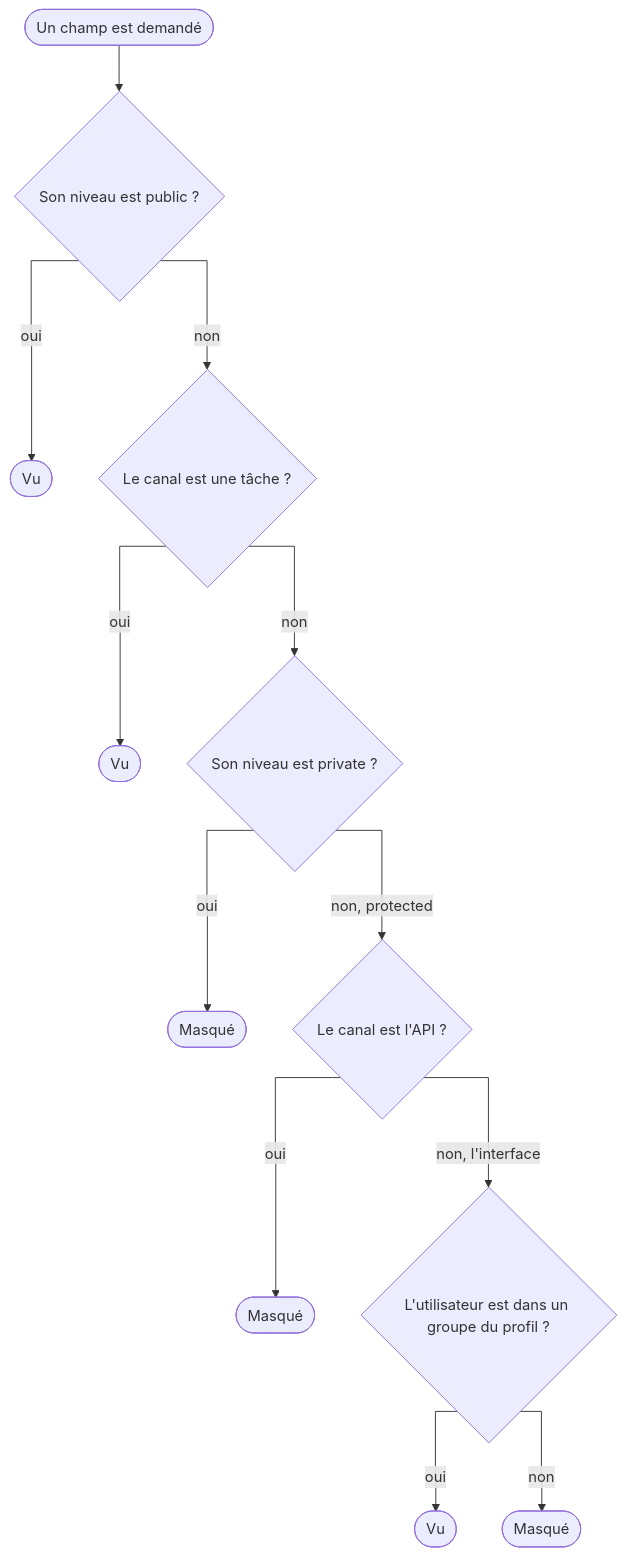
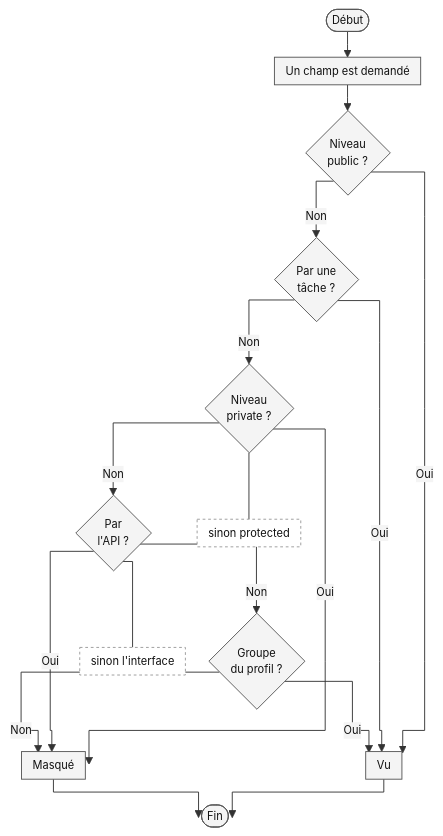
One commit to AymericLesert/Syncytium changed the diagram in docs/syncytium/07-securite/04-confidentialite.md. Above: the diagram before and after it, drawn with Mermaid. The commit also changed 3 other files, not shown here.

Commit message:
D1847 — les logigrammes comme la copie de l'auteur : Début, Fin, actions, décisions à Oui et Non, commentaires reliés ; les boîtes resserrées

````diff
--- a/docs/syncytium/07-securite/04-confidentialite.md
+++ b/docs/syncytium/07-securite/04-confidentialite.md
@@ -50,15 +50,22 @@
 ```mermaid
-%%{init: {"flowchart": {"curve": "stepAfter"}}}%%
+%%{init: {"theme": "base", "themeVariables": {"primaryColor": "#f4f4f4", "primaryBorderColor": "#555555", "primaryTextColor": "#111111", "lineColor": "#333333", "fontSize": "12px"}, "flowchart": {"curve": "stepAfter", "padding": 6, "nodeSpacing": 25, "rankSpacing": 28}}}%%
 flowchart TD
-    D(["Un champ est demandé"]) --> Q1{"Son niveau est public ?"}
-    Q1 -- "oui" --> V1(["Vu"])
-    Q1 -- "non" --> Q2{"Le canal est une tâche ?"}
-    Q2 -- "oui" --> V2(["Vu"])
-    Q2 -- "non" --> Q3{"Son niveau est private ?"}
-    Q3 -- "oui" --> M1(["Masqué"])
-    Q3 -- "non, protected" --> Q4{"Le canal est l'API ?"}
-    Q4 -- "oui" --> M2(["Masqué"])
-    Q4 -- "non, l'interface" --> Q5{"L'utilisateur est dans un groupe du profil ?"}
-    Q5 -- "oui" --> V3(["Vu"])
-    Q5 -- "non" --> M3(["Masqué"])
+    D(["Début"]) --> A1["Un champ est demandé"]
+    A1 --> Q1{"Niveau<br/>public ?"}
+    Q1 -- "Non" --> Q2{"Par une<br/>tâche ?"}
+    Q1 -- "Oui" --> V["Vu"]
+    Q2 -- "Non" --> Q3{"Niveau<br/>private ?"}
+    Q2 -- "Oui" --> V
+    Q3 -- "Non" --> Q4{"Par<br/>l'API ?"}
+    Q3 -- "Oui" --> M["Masqué"]
+    Q4 -- "Non" --> Q5{"Groupe<br/>du profil ?"}
+    Q4 -- "Oui" --> M
+    Q5 -- "Oui" --> V
+    Q5 -- "Non" --> M
+    V --> F(["Fin"])
+    M --> F
+    Q3 --- C1["sinon protected"]
+    Q4 --- C2["sinon l'interface"]
+    classDef note fill:#ffffff,stroke:#999999,stroke-dasharray:3 3
+    class C1,C2 note
 ```
````
